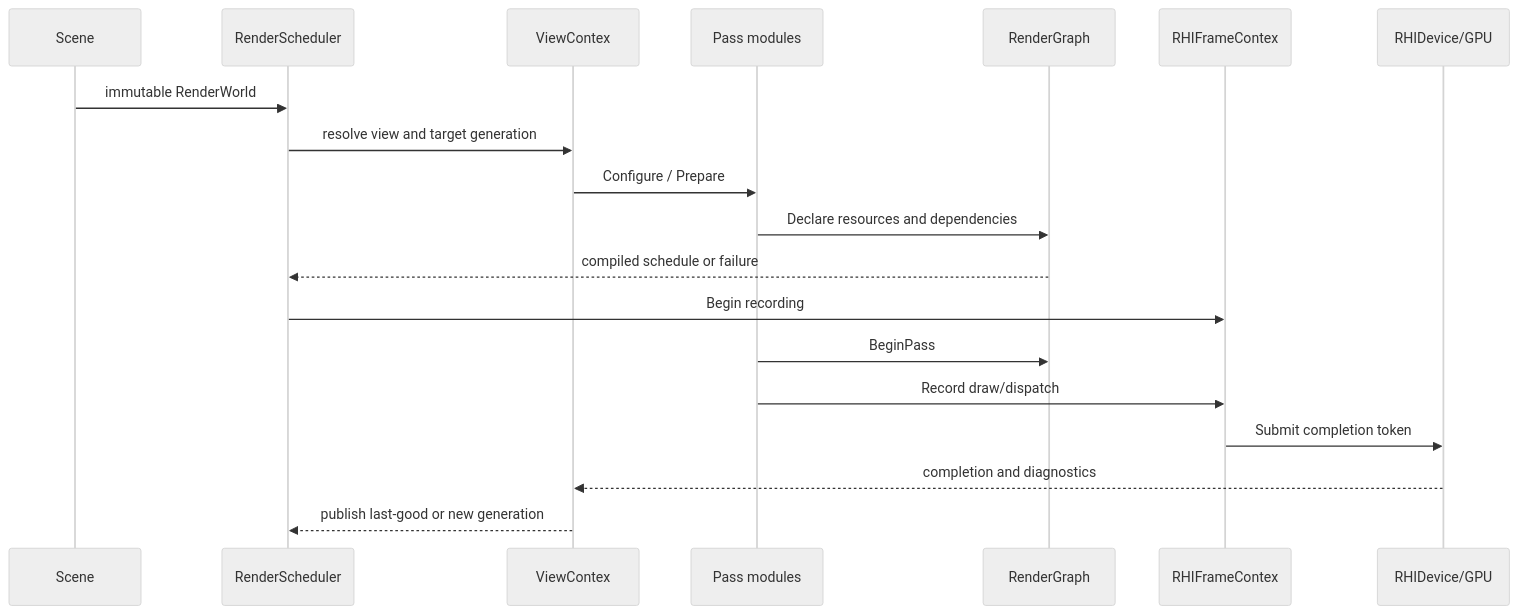
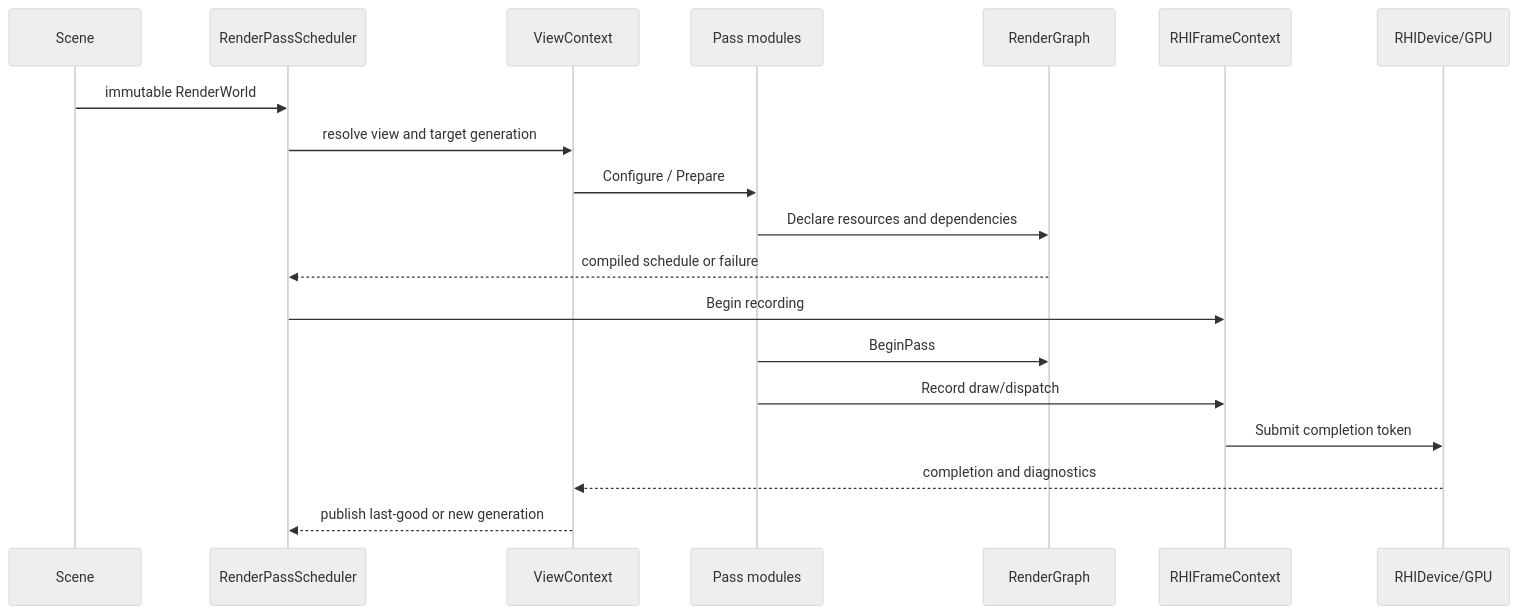
Before and after one commit to nguyenphong0210/AxleEngine: the fifth of 5 diagrams in docs/milestones/MILESTONE_14_RENDER_ARCHITECTURE/ARCHITECTURE.md, drawn with Mermaid (neutral theme). The commit also changed other lines of this file and 9 other files, not shown here.

````diff
--- a/docs/milestones/MILESTONE_14_RENDER_ARCHITECTURE/ARCHITECTURE.md
+++ b/docs/milestones/MILESTONE_14_RENDER_ARCHITECTURE/ARCHITECTURE.md
@@ -322,22 +322,22 @@
 ```mermaid
 sequenceDiagram
     participant Scene
-    participant Scheduler as RenderScheduler
-    participant View as ViewContex
+    participant Scheduler as RenderPassScheduler
+    participant View as ViewContext
     participant Pass as Pass modules
     participant Graph as RenderGraph
-    participant Frame as RHIFrameContex
+    participant Frame as RHIFrameContext
     participant GPU as RHIDevice/GPU
 
     Scene->>Scheduler: immutable RenderWorld
     Scheduler->>View: resolve view and target generation
     View->>Pass: Configure / Prepare
     Pass->>Graph: Declare resources and dependencies
     Graph-->>Scheduler: compiled schedule or failure
     Scheduler->>Frame: Begin recording
     Pass->>Graph: BeginPass
     Pass->>Frame: Record draw/dispatch
     Frame->>GPU: Submit completion token
     GPU-->>View: completion and diagnostics
     View-->>Scheduler: publish last-good or new generation
 ```
````
